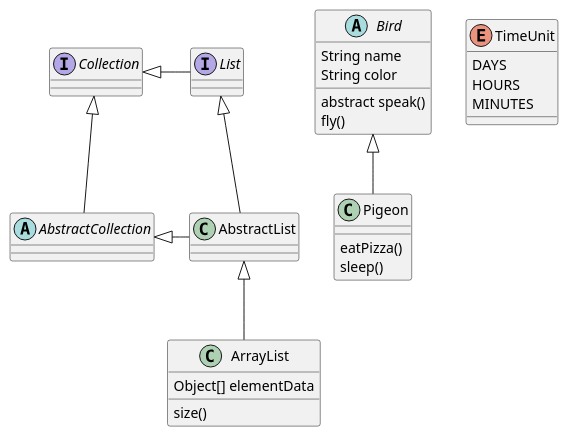
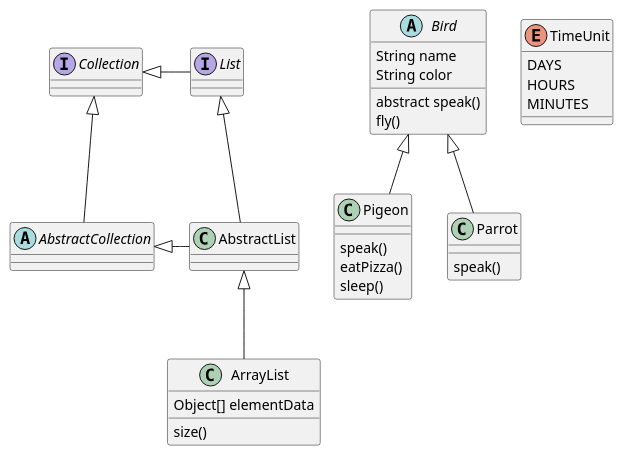
One commit to aparnak22/introduction_to_oop changed the diagram in docs/Bird.puml. Above: the diagram before and after it, drawn with PlantUML. The commit also changed 6 other files, not shown here.

```diff
--- a/docs/Bird.puml
+++ b/docs/Bird.puml
@@ -1,41 +1,46 @@
 @startuml
 'https://plantuml.com/class-diagram
 
 abstract class Bird {
    String name
    String color
    abstract speak()
    fly()
  }
 
 class Pigeon {
+    speak()
     eatPizza()
     sleep()
 }
 
+class Parrot{
+speak()
+}
 
 Bird <|-- Pigeon
+Bird <|-- Parrot
 
 abstract AbstractCollection
 interface List
 interface Collection
 
 List <|-- AbstractList
 Collection <|-- AbstractCollection
 
 Collection <|- List
 AbstractCollection <|- AbstractList
 AbstractList <|-- ArrayList
 
 class ArrayList {
 Object[] elementData
 size()
 }
 
 enum TimeUnit {
 DAYS
 HOURS
 MINUTES
 }
 
 @enduml
```
